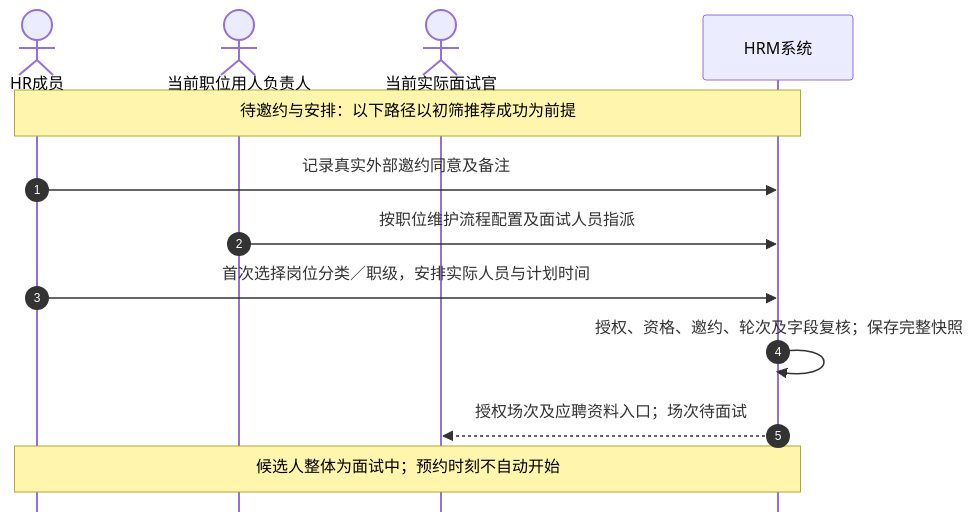
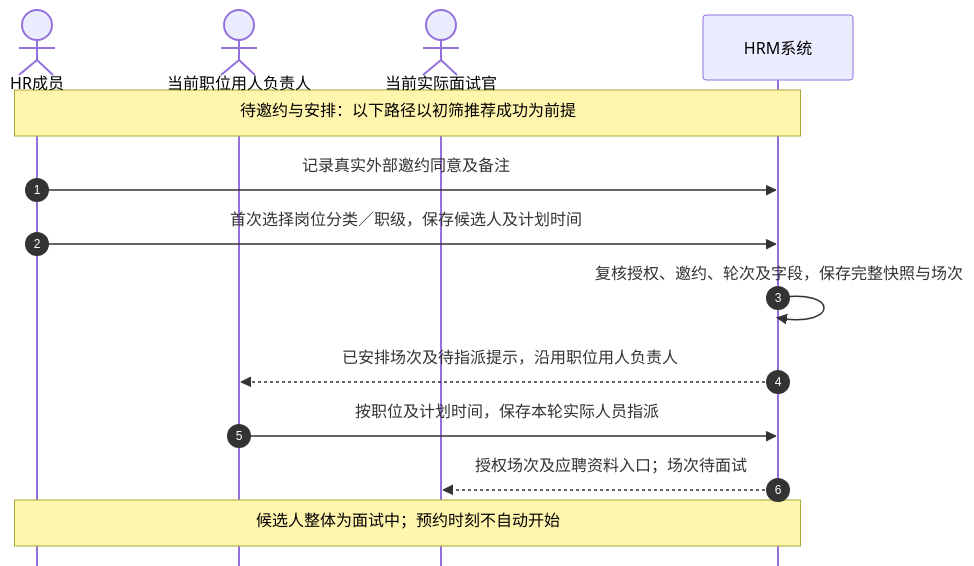
Before and after one commit to leidaibo-lab/pm-hrm: the fourth of 21 diagrams in docs/output/招聘管理PRD.md, drawn with Mermaid. The commit also changed other lines of this file and 17 other files, not shown here.

````diff
--- a/docs/output/招聘管理PRD.md
+++ b/docs/output/招聘管理PRD.md
@@ -286,16 +286,17 @@
 ```mermaid
 %%{init: {"flowchart":{"curve":"linear","nodeSpacing":30,"rankSpacing":45,"diagramPadding":16,"wrappingWidth":200},"sequence":{"mirrorActors":false,"actorMargin":45,"messageMargin":30,"noteMargin":12,"wrap":false},"er":{"diagramPadding":16,"minEntityWidth":130,"minEntityHeight":45}}}%%
 sequenceDiagram
     autonumber
     actor HR as HR成员
     actor Owner as 当前职位用人负责人
     actor Interviewer as 当前实际面试官
     participant System as HRM系统
     Note over HR,System: 待邀约与安排：以下路径以初筛推荐成功为前提
     HR->>System: 记录真实外部邀约同意及备注
-    Owner->>System: 按职位维护流程配置及面试人员指派
-    HR->>System: 首次选择岗位分类／职级，安排实际人员与计划时间
-    System->>System: 授权、资格、邀约、轮次及字段复核；保存完整快照
+    HR->>System: 首次选择岗位分类／职级，保存候选人及计划时间
+    System->>System: 复核授权、邀约、轮次及字段，保存完整快照与场次
+    System-->>Owner: 已安排场次及待指派提示，沿用职位用人负责人
+    Owner->>System: 按职位及计划时间，保存本轮实际人员指派
     System-->>Interviewer: 授权场次及应聘资料入口；场次待面试
     Note over HR,System: 候选人整体为面试中；预约时刻不自动开始
 ```
````
